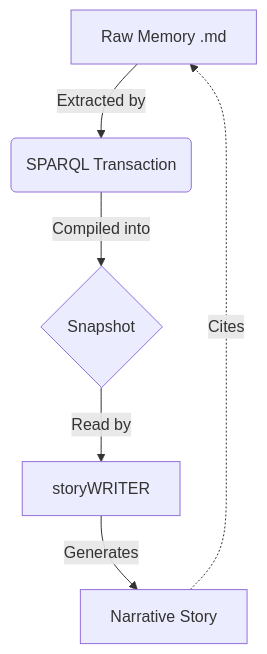
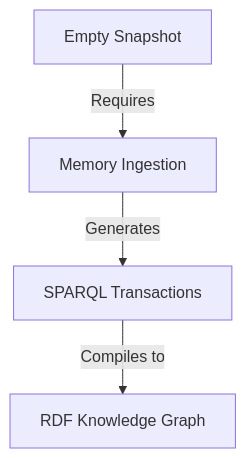
Before and after one commit to Aswritten-ai/beta-template: the diagram in docs/summary.md, drawn with Mermaid. The commit also changed other lines of this file, not shown here.

````diff
--- a/docs/summary.md
+++ b/docs/summary.md
@@ -39,8 +38,6 @@
 ```mermaid
 graph TD
-    A[Raw Memory .md] -->|Extracted by| B(SPARQL Transaction)
-    B -->|Compiled into| C{Snapshot}
-    C -->|Read by| D[storyWRITER]
-    D -->|Generates| E[Narrative Story]
-    E -.->|Cites| A
+    EmptySnapshot[Empty Snapshot] -->|Requires| MemoryIngestion[Memory Ingestion]
+    MemoryIngestion -->|Generates| SPARQL[SPARQL Transactions]
+    SPARQL -->|Compiles to| Graph[RDF Knowledge Graph]
 ```
````
